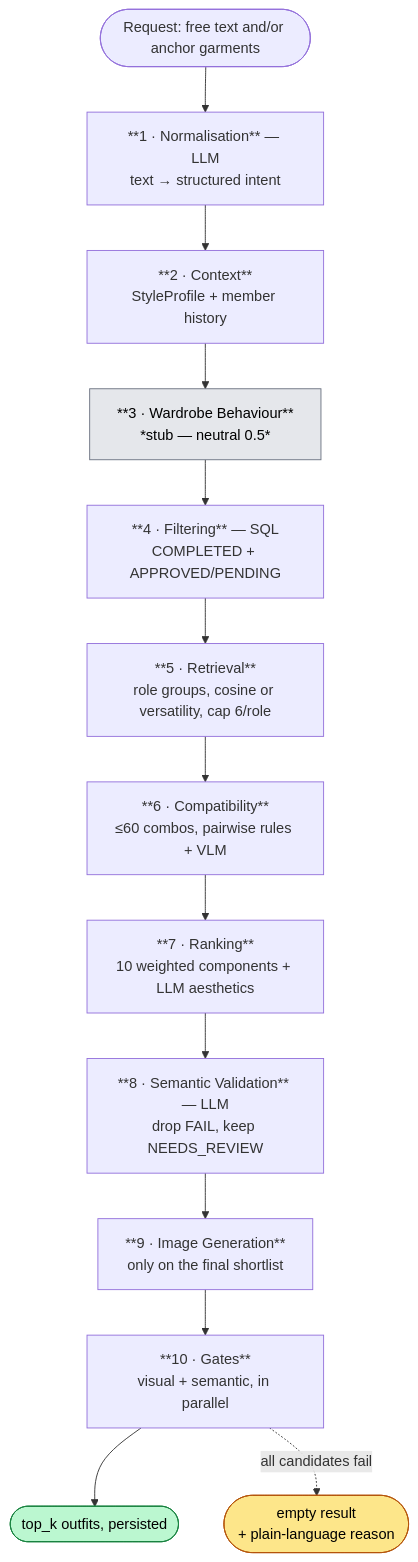
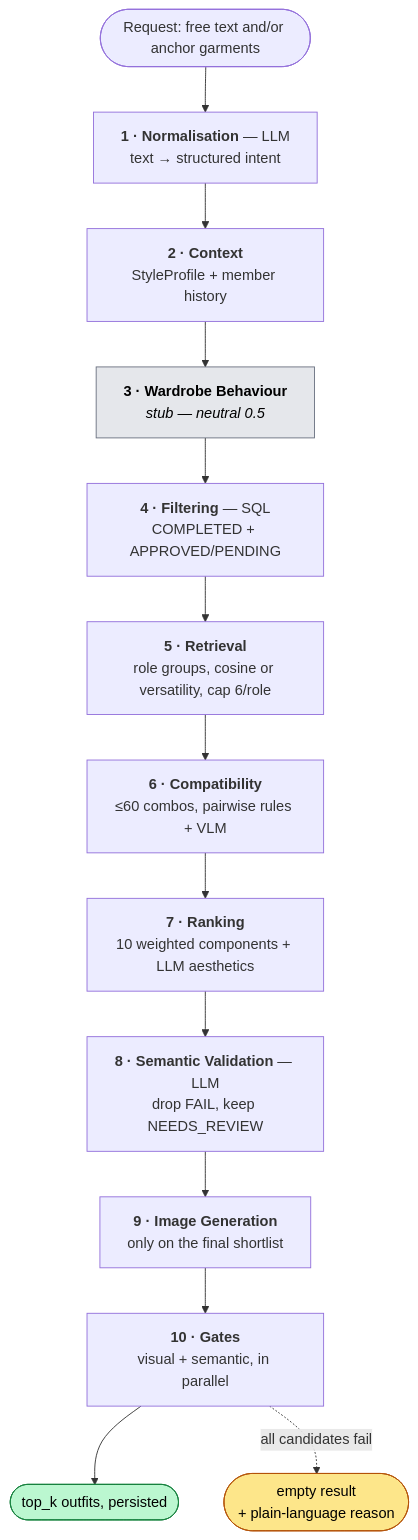
The fifth of 8 diagrams in docs/PIPELINES.md (ClosetTheory/Closet-theory-pipeline), drawn with Mermaid before and after one commit. The commit also changed other lines of this file and 8 other files, not shown here.

First line of the commit message:
Add a Pipeline Info tab with live, interactive diagrams

````diff
--- a/docs/PIPELINES.md
+++ b/docs/PIPELINES.md
@@ -399,23 +399,23 @@
 ```mermaid
 flowchart TD
     REQ([Request: free text and/or anchor garments]) --> S1
 
-    S1["**1 · Normalisation** — LLM<br/>text → structured intent"]
-    S2["**2 · Context**<br/>StyleProfile + member history"]
-    S3["**3 · Wardrobe Behaviour**<br/>*stub — neutral 0.5*"]
-    S4["**4 · Filtering** — SQL<br/>COMPLETED + APPROVED/PENDING"]
-    S5["**5 · Retrieval**<br/>role groups, cosine or versatility, cap 6/role"]
-    S6["**6 · Compatibility**<br/>≤60 combos, pairwise rules + VLM"]
-    S7["**7 · Ranking**<br/>10 weighted components + LLM aesthetics"]
-    S8["**8 · Semantic Validation** — LLM<br/>drop FAIL, keep NEEDS_REVIEW"]
-    S9["**9 · Image Generation**<br/>only on the final shortlist"]
-    S10["**10 · Gates**<br/>visual + semantic, in parallel"]
+    S1["<b>1 · Normalisation</b> — LLM<br/>text → structured intent"]
+    S2["<b>2 · Context</b><br/>StyleProfile + member history"]
+    S3["<b>3 · Wardrobe Behaviour</b><br/><i>stub — neutral 0.5</i>"]
+    S4["<b>4 · Filtering</b> — SQL<br/>COMPLETED + APPROVED/PENDING"]
+    S5["<b>5 · Retrieval</b><br/>role groups, cosine or versatility, cap 6/role"]
+    S6["<b>6 · Compatibility</b><br/>≤60 combos, pairwise rules + VLM"]
+    S7["<b>7 · Ranking</b><br/>10 weighted components + LLM aesthetics"]
+    S8["<b>8 · Semantic Validation</b> — LLM<br/>drop FAIL, keep NEEDS_REVIEW"]
+    S9["<b>9 · Image Generation</b><br/>only on the final shortlist"]
+    S10["<b>10 · Gates</b><br/>visual + semantic, in parallel"]
 
     S1 --> S2 --> S3 --> S4 --> S5 --> S6 --> S7 --> S8 --> S9 --> S10
     S10 --> OUT([top_k outfits, persisted])
-    S10 -. all candidates fail .-> NONE([empty result<br/>+ plain-language reason])
+    S10 -. all candidates fail .-> NONE(["empty result<br/>+ plain-language reason"])
 
     style OUT fill:#bbf7d0,stroke:#15803d,color:#000
     style NONE fill:#fde68a,stroke:#b45309,color:#000
     style S3 fill:#e5e7eb,stroke:#6b7280,color:#000
 ```
````
